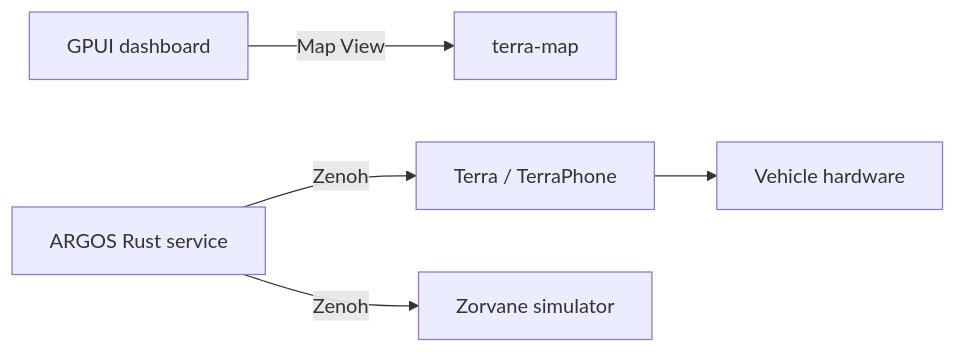
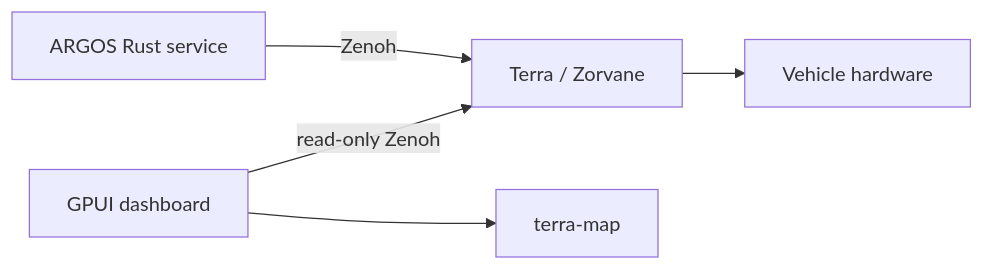
The diagram in docs/index.md (Super-Yojan/ARGOS), drawn with Mermaid before and after one commit. The commit also changed other lines of this file and 16 other files, not shown here.

First line of the commit message:
Show live rover positions on the GPUI map.

````diff
--- a/docs/index.md
+++ b/docs/index.md
@@ -5,7 +5,7 @@
 ```mermaid
 flowchart LR
-  operator[GPUI dashboard] -->|Map View| tiles[terra-map]
-  service[ARGOS Rust service] -->|Zenoh| terra[Terra / TerraPhone]
-  service -->|Zenoh| sim[Zorvane simulator]
-  terra --> motors[Vehicle hardware]
+  operator[GPUI dashboard] -->|read-only Zenoh| bus[Terra / Zorvane]
+  operator --> tiles[terra-map]
+  service[ARGOS Rust service] -->|Zenoh| bus
+  bus --> motors[Vehicle hardware]
 ```
````
